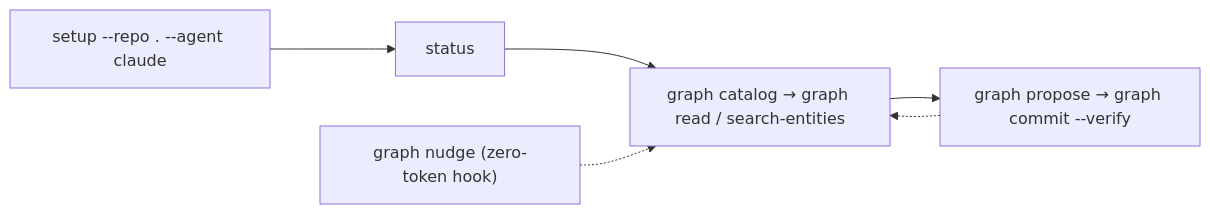
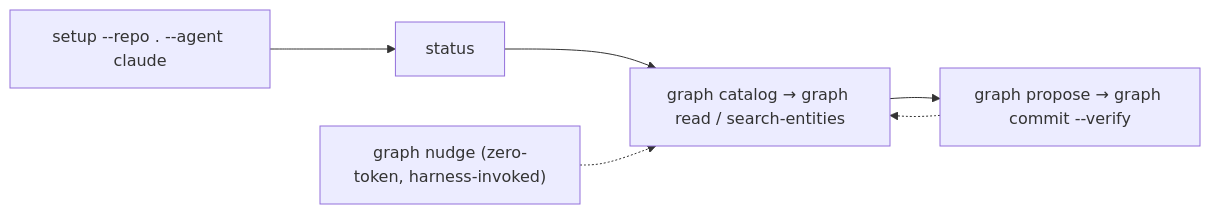
The second of 2 diagrams in docs/context-graph/cli-flow.md (potpie-ai/potpie), drawn with Mermaid before and after one commit. The commit also changed other lines of this file and 35 other files, not shown here.

````diff
--- a/docs/context-graph/cli-flow.md
+++ b/docs/context-graph/cli-flow.md
@@ -556,12 +556,12 @@
 ```mermaid
 flowchart LR
   cf_setup["setup --repo . --agent claude"]
   cf_status["status"]
   cf_read["graph catalog → graph read / search-entities"]
   cf_write["graph propose → graph commit --verify"]
-  cf_nudge["graph nudge (zero-token hook)"]
+  cf_nudge["graph nudge (zero-token, harness-invoked)"]
 
   cf_setup --> cf_status --> cf_read --> cf_write
   cf_nudge -.-> cf_read
   cf_write -.-> cf_read
 ```
````
